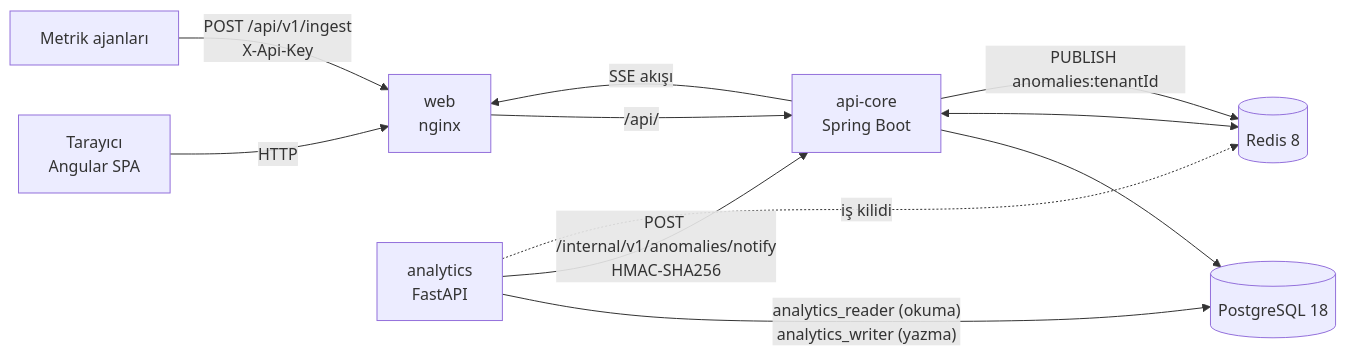
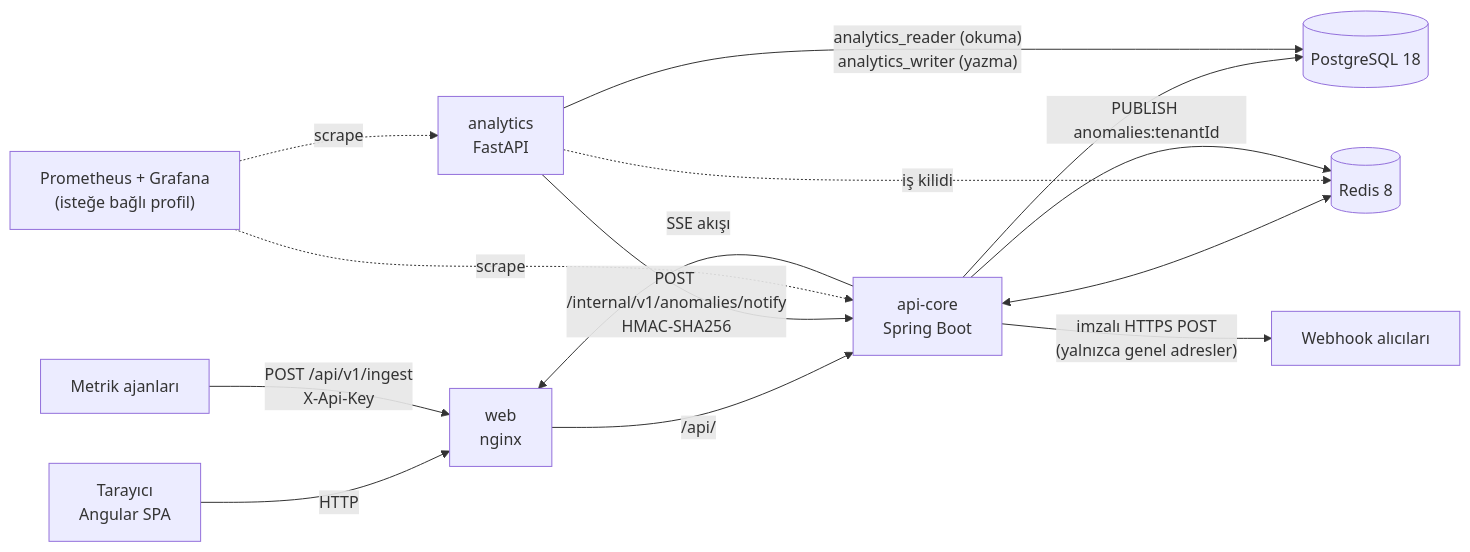
Before and after one commit to ayberkaarda/Pulseboard: the diagram in README.tr.md, drawn with Mermaid. The commit also changed other lines of this file and 1 other file, not shown here.

Commit message:
docs: describe alerting, webhook security, the observability profile and the new settings in the root README (EN and TR)

````diff
--- a/README.tr.md
+++ b/README.tr.md
@@ -33,13 +38,16 @@
 ```mermaid
 flowchart LR
     Browser["Tarayıcı<br/>Angular SPA"] -->|"HTTP"| Nginx["web<br/>nginx"]
     Agent["Metrik ajanları"] -->|"POST /api/v1/ingest<br/>X-Api-Key"| Nginx
     Nginx -->|"/api/"| API["api-core<br/>Spring Boot"]
     API --> PG[("PostgreSQL 18")]
     API <--> Redis[("Redis 8")]
     AN["analytics<br/>FastAPI"] -->|"analytics_reader (okuma)<br/>analytics_writer (yazma)"| PG
     AN -->|"POST /internal/v1/anomalies/notify<br/>HMAC-SHA256"| API
     AN -.->|"iş kilidi"| Redis
     API -->|"PUBLISH anomalies:tenantId"| Redis
     API -->|"SSE akışı"| Nginx
+    API -->|"imzalı HTTPS POST<br/>(yalnızca genel adresler)"| Hook["Webhook alıcıları"]
+    Prom["Prometheus + Grafana<br/>(isteğe bağlı profil)"] -.->|"scrape"| API
+    Prom -.->|"scrape"| AN
 ```
````
